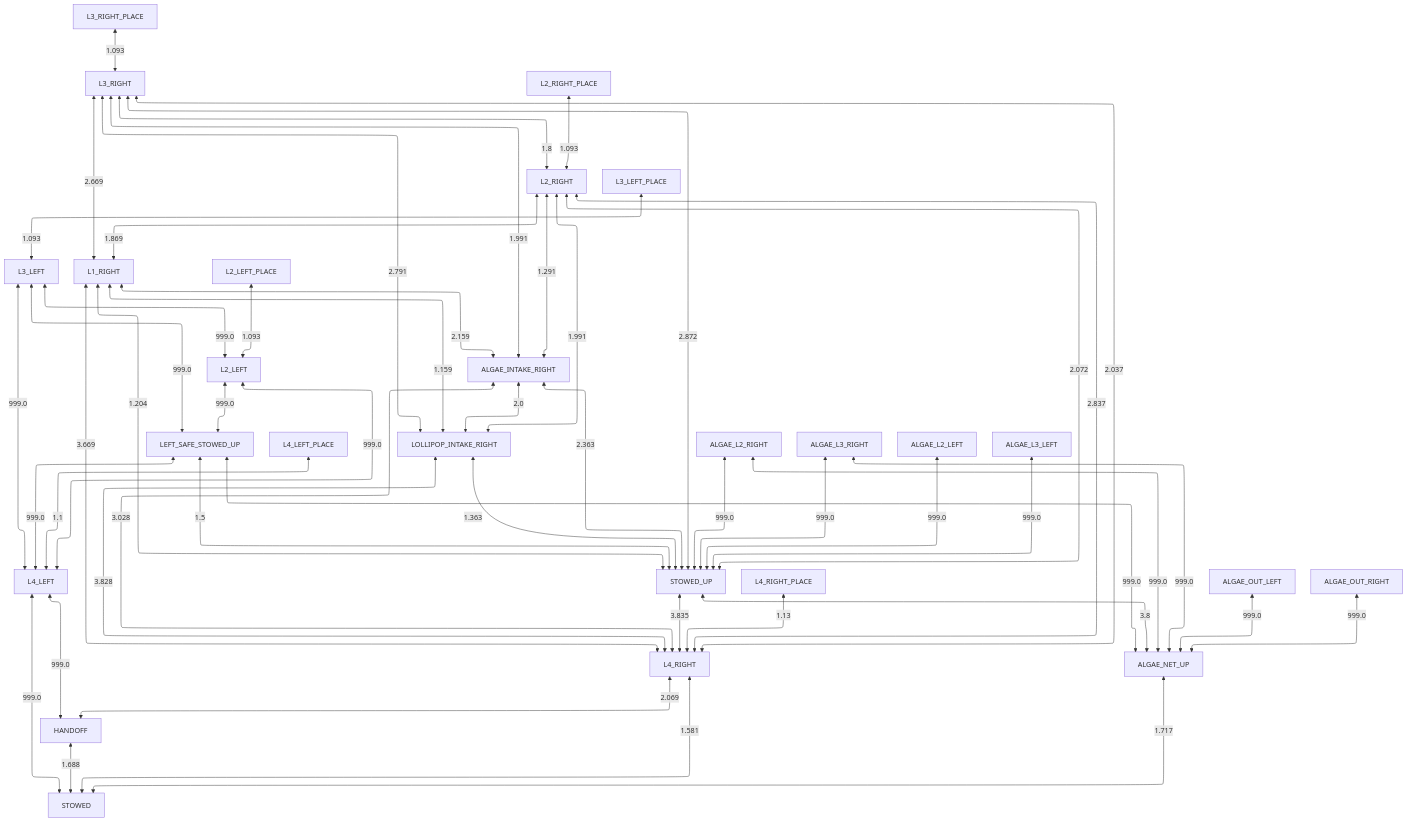
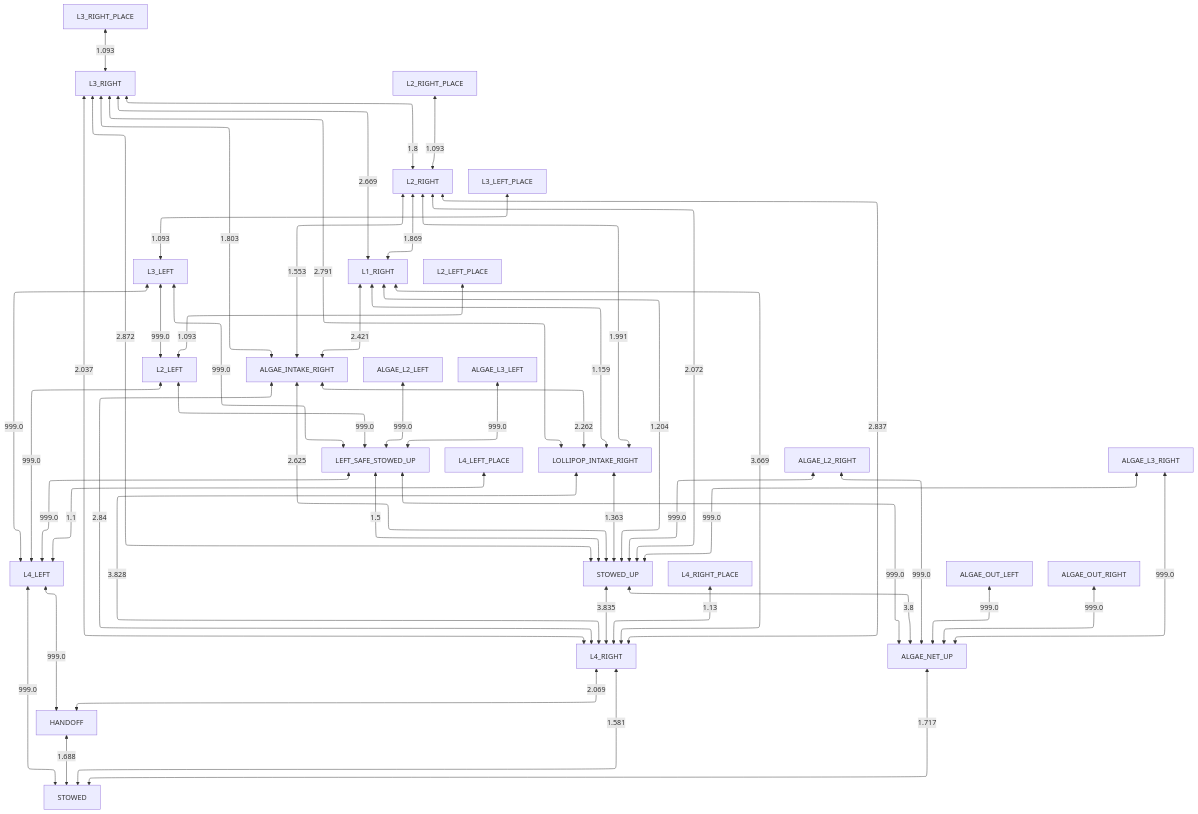
One commit to team581/offseason-2025-comp changed the diagram in docs/collision_avoidance/left_obstructed.md. Above: the diagram before and after it, drawn with Mermaid. The commit also changed 2 other files, not shown here.

Commit message:
[autofix.ci] apply automated fixes

````diff
--- a/docs/collision_avoidance/left_obstructed.md
+++ b/docs/collision_avoidance/left_obstructed.md
@@ -3,55 +3,55 @@
 ```mermaid
 %%{ init: { "flowchart": { "defaultRenderer": "elk" } } }%%
 graph TD
 
 HANDOFF <-- 1.688 --> STOWED
 L4_LEFT <-- 999.0 --> STOWED
 L4_RIGHT <-- 1.581 --> STOWED
 ALGAE_NET_UP <-- 1.717 --> STOWED
 L4_LEFT <-- 999.0 --> HANDOFF
 L4_RIGHT <-- 2.069 --> HANDOFF
 LEFT_SAFE_STOWED_UP <-- 999.0 --> L4_LEFT
 L2_LEFT <-- 999.0 --> L4_LEFT
 L3_LEFT <-- 999.0 --> L4_LEFT
 L4_LEFT_PLACE <-- 1.1 --> L4_LEFT
 STOWED_UP <-- 3.835 --> L4_RIGHT
-ALGAE_INTAKE_RIGHT <-- 3.028 --> L4_RIGHT
+ALGAE_INTAKE_RIGHT <-- 2.84 --> L4_RIGHT
 LOLLIPOP_INTAKE_RIGHT <-- 3.828 --> L4_RIGHT
 L1_RIGHT <-- 3.669 --> L4_RIGHT
 L2_RIGHT <-- 2.837 --> L4_RIGHT
 L3_RIGHT <-- 2.037 --> L4_RIGHT
 L4_RIGHT_PLACE <-- 1.13 --> L4_RIGHT
 LEFT_SAFE_STOWED_UP <-- 999.0 --> ALGAE_NET_UP
 STOWED_UP <-- 3.8 --> ALGAE_NET_UP
 ALGAE_OUT_LEFT <-- 999.0 --> ALGAE_NET_UP
 ALGAE_OUT_RIGHT <-- 999.0 --> ALGAE_NET_UP
 ALGAE_L2_RIGHT <-- 999.0 --> ALGAE_NET_UP
 ALGAE_L3_RIGHT <-- 999.0 --> ALGAE_NET_UP
 LEFT_SAFE_STOWED_UP <-- 1.5 --> STOWED_UP
 LOLLIPOP_INTAKE_RIGHT <-- 1.363 --> STOWED_UP
-ALGAE_INTAKE_RIGHT <-- 2.363 --> STOWED_UP
+ALGAE_INTAKE_RIGHT <-- 2.625 --> STOWED_UP
 L1_RIGHT <-- 1.204 --> STOWED_UP
 L2_RIGHT <-- 2.072 --> STOWED_UP
 L3_RIGHT <-- 2.872 --> STOWED_UP
-ALGAE_L2_LEFT <-- 999.0 --> STOWED_UP
 ALGAE_L2_RIGHT <-- 999.0 --> STOWED_UP
-ALGAE_L3_LEFT <-- 999.0 --> STOWED_UP
 ALGAE_L3_RIGHT <-- 999.0 --> STOWED_UP
 L2_LEFT <-- 999.0 --> LEFT_SAFE_STOWED_UP
 L3_LEFT <-- 999.0 --> LEFT_SAFE_STOWED_UP
-ALGAE_INTAKE_RIGHT <-- 2.0 --> LOLLIPOP_INTAKE_RIGHT
+ALGAE_L2_LEFT <-- 999.0 --> LEFT_SAFE_STOWED_UP
+ALGAE_L3_LEFT <-- 999.0 --> LEFT_SAFE_STOWED_UP
+ALGAE_INTAKE_RIGHT <-- 2.262 --> LOLLIPOP_INTAKE_RIGHT
 L1_RIGHT <-- 1.159 --> LOLLIPOP_INTAKE_RIGHT
 L2_RIGHT <-- 1.991 --> LOLLIPOP_INTAKE_RIGHT
 L3_RIGHT <-- 2.791 --> LOLLIPOP_INTAKE_RIGHT
-L1_RIGHT <-- 2.159 --> ALGAE_INTAKE_RIGHT
-L2_RIGHT <-- 1.291 --> ALGAE_INTAKE_RIGHT
-L3_RIGHT <-- 1.991 --> ALGAE_INTAKE_RIGHT
+L1_RIGHT <-- 2.421 --> ALGAE_INTAKE_RIGHT
+L2_RIGHT <-- 1.553 --> ALGAE_INTAKE_RIGHT
+L3_RIGHT <-- 1.803 --> ALGAE_INTAKE_RIGHT
 L3_LEFT <-- 999.0 --> L2_LEFT
 L2_LEFT_PLACE <-- 1.093 --> L2_LEFT
 L3_LEFT_PLACE <-- 1.093 --> L3_LEFT
 L2_RIGHT <-- 1.869 --> L1_RIGHT
 L3_RIGHT <-- 2.669 --> L1_RIGHT
 L3_RIGHT <-- 1.8 --> L2_RIGHT
 L2_RIGHT_PLACE <-- 1.093 --> L2_RIGHT
 L3_RIGHT_PLACE <-- 1.093 --> L3_RIGHT
 ```
````
